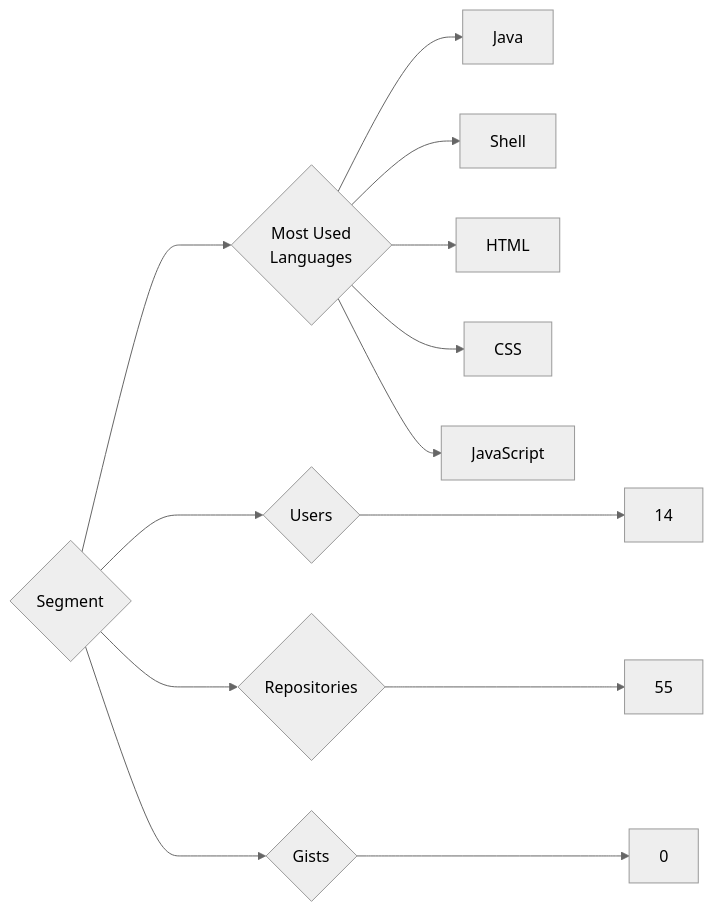
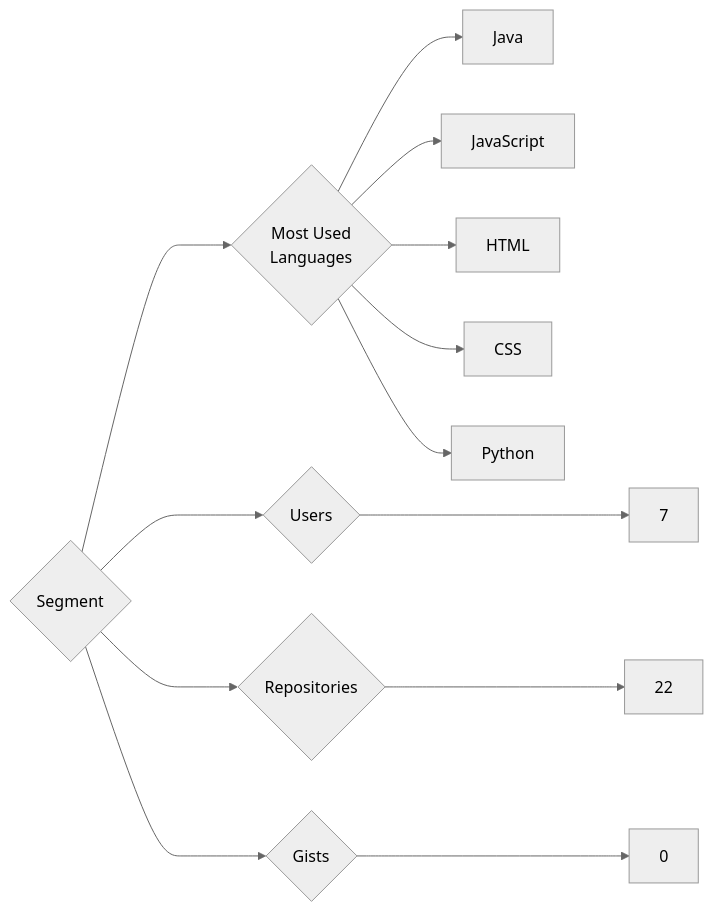
One commit to trickest/insiders changed the diagram in targets/Segment/README.md. Above: the diagram before and after it, drawn with Mermaid (neutral theme). The commit also changed 829 other files, not shown here.

````diff
--- a/targets/Segment/README.md
+++ b/targets/Segment/README.md
@@ -3,13 +3,13 @@
 ```mermaid
 graph LR
 COMPANY_NAME{Segment}
-COMPANY_NAME ---> U{Users} ---> UN[14]
-COMPANY_NAME ---> R{Repositories} ---> RN[55]
+COMPANY_NAME ---> U{Users} ---> UN[7]
+COMPANY_NAME ---> R{Repositories} ---> RN[22]
 COMPANY_NAME ---> G{Gists} ---> GN[0]
 COMPANY_NAME ---> ML{Most Used<br>Languages}
 ML --> Java[Java]
-ML --> Shell[Shell]
+ML --> JavaScript[JavaScript]
 ML --> HTML[HTML]
 ML --> CSS[CSS]
-ML --> JavaScript[JavaScript]
+ML --> Python[Python]
 ```
````
